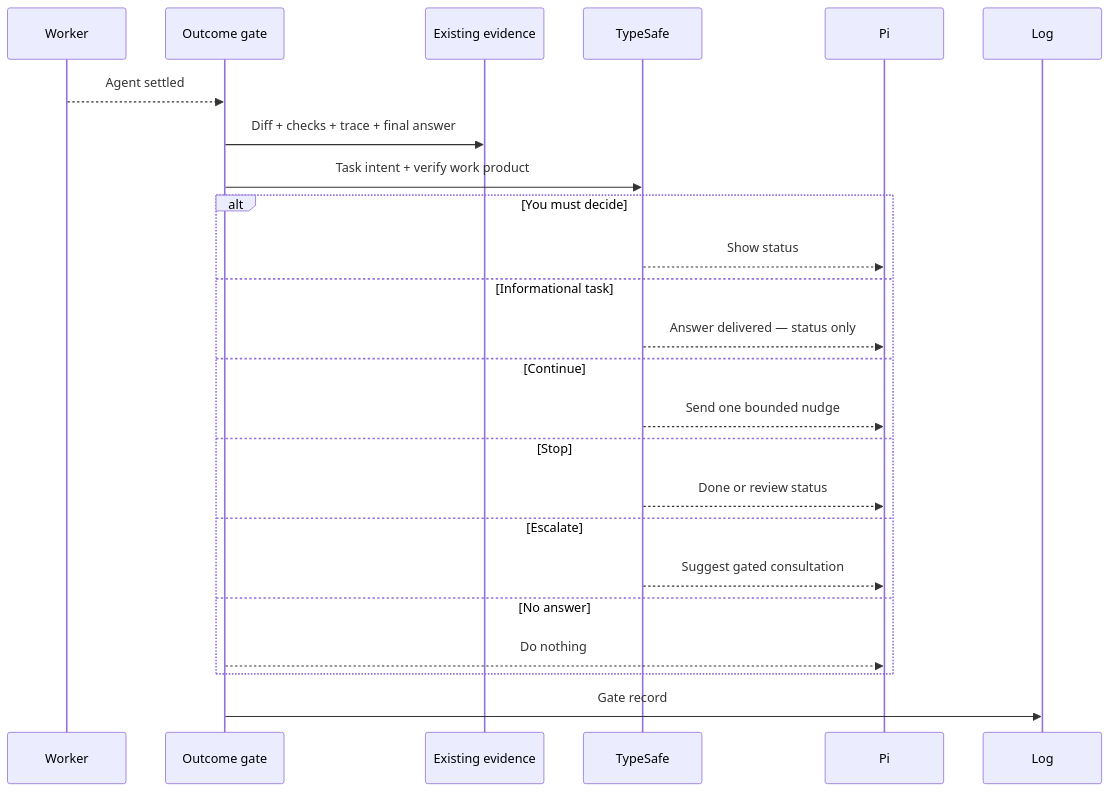
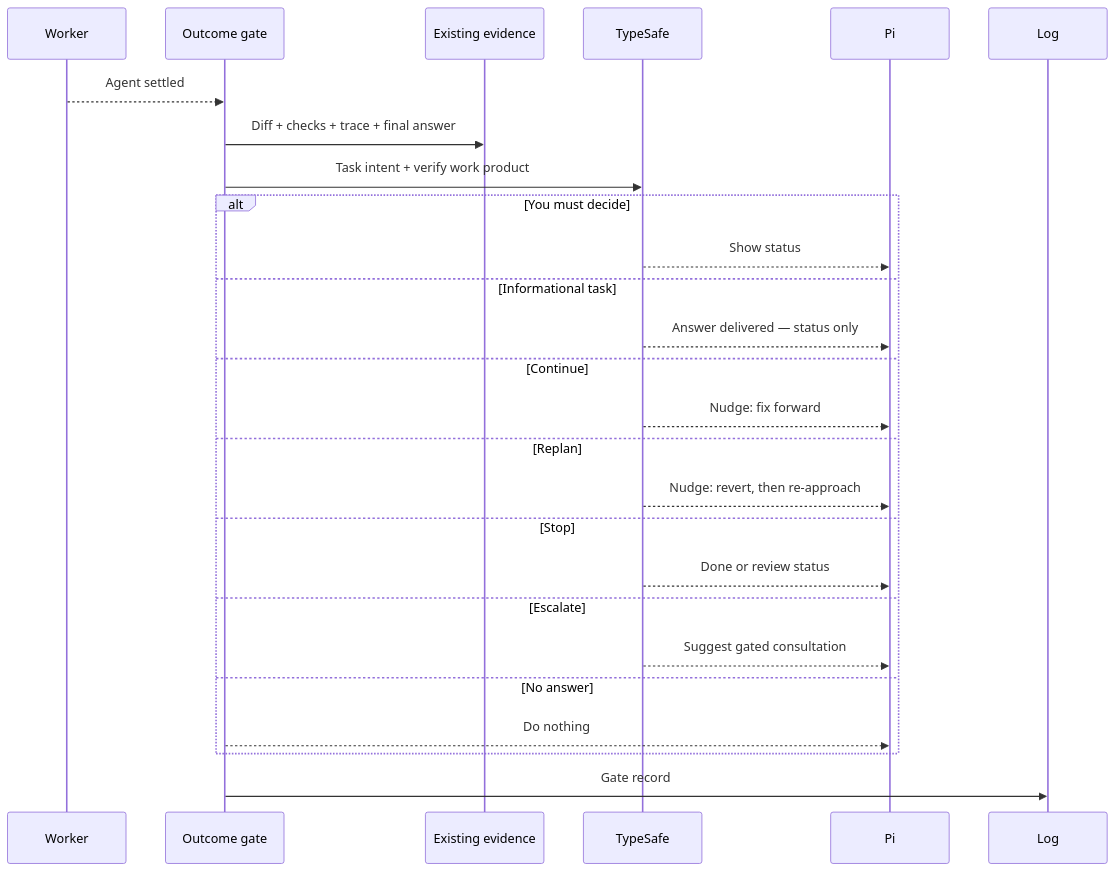
Before and after one commit to geocine/geocine-pi: the third of 3 diagrams in docs/runtime-control.md, drawn with Mermaid. The commit also changed other lines of this file and 9 other files, not shown here.

````diff
--- a/docs/runtime-control.md
+++ b/docs/runtime-control.md
@@ -85,28 +85,30 @@
 ```mermaid
 sequenceDiagram
     participant W as Worker
     participant G as Outcome gate
     participant E as Existing evidence
     participant J as TypeSafe
     participant P as Pi
     participant L as Log
 
     W-->>G: Agent settled
     G->>E: Diff + checks + trace + final answer
     G->>J: Task intent + verify work product
 
     alt You must decide
         J-->>P: Show status
     else Informational task
         J-->>P: Answer delivered — status only
     else Continue
-        J-->>P: Send one bounded nudge
+        J-->>P: Nudge: fix forward
+    else Replan
+        J-->>P: Nudge: revert, then re-approach
     else Stop
         J-->>P: Done or review status
     else Escalate
         J-->>P: Suggest gated consultation
     else No answer
         G-->>P: Do nothing
     end
     G->>L: Gate record
 ```
````
